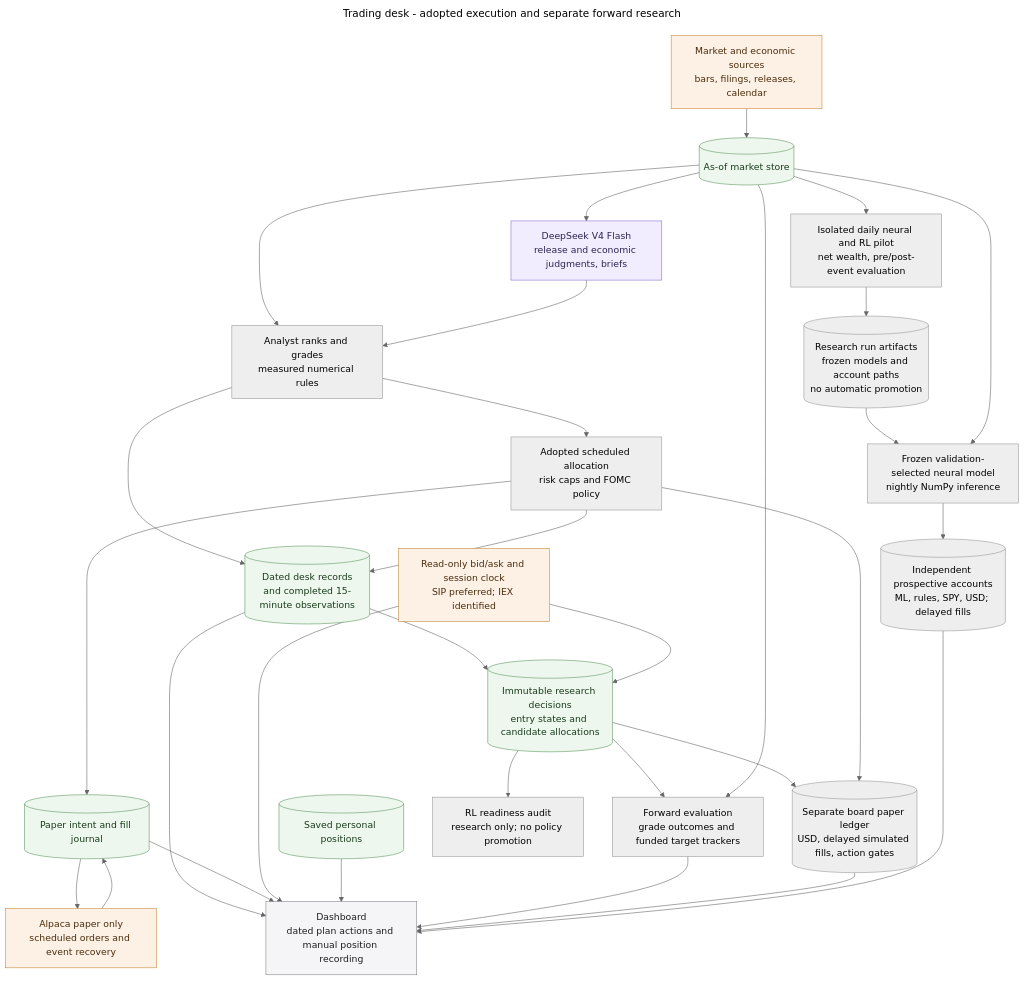
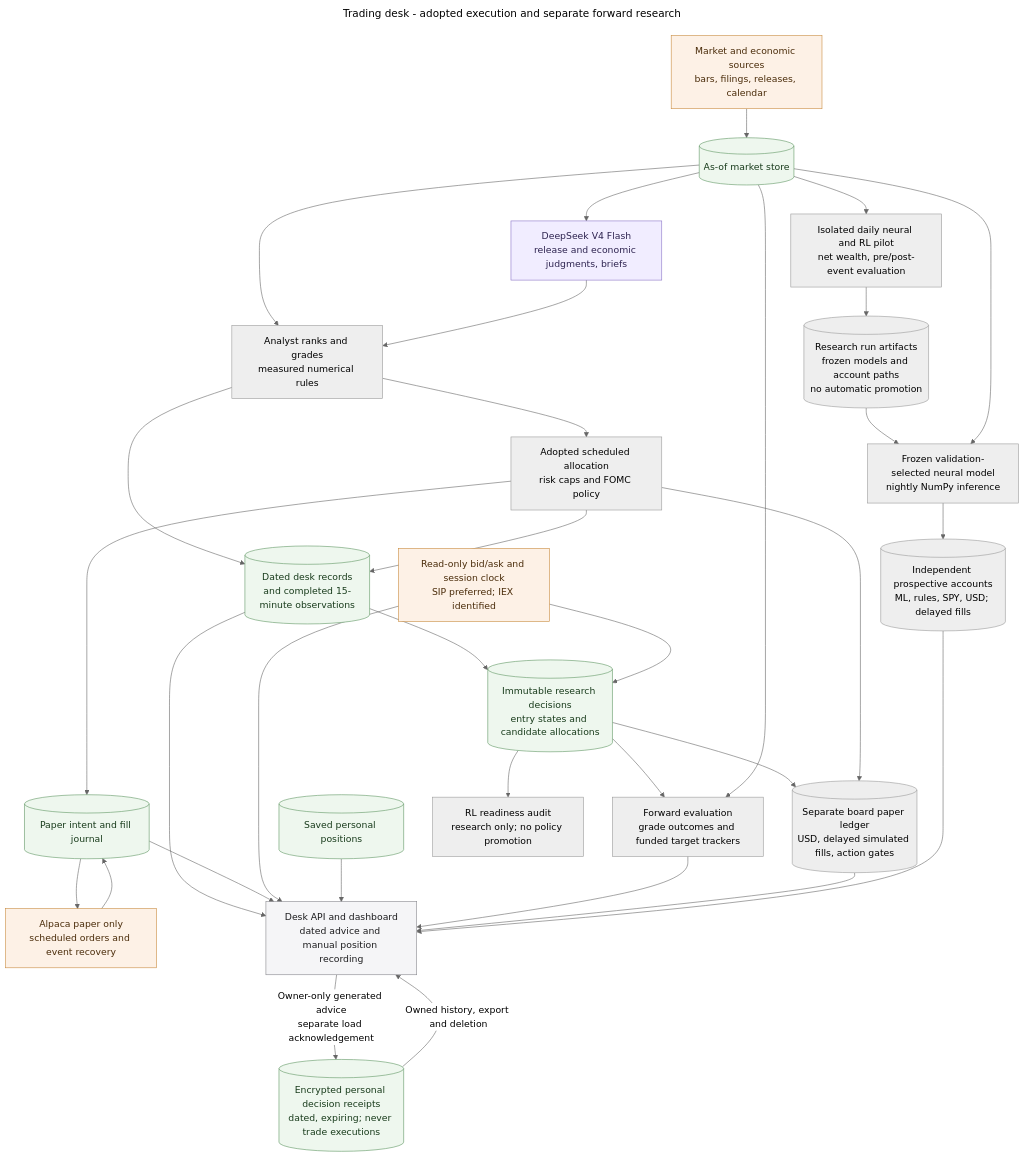
Before and after one commit to MallyaAni/PersonalAssistant: the diagram in docs/diagrams/agent-trading-desk.mmd, drawn with Mermaid (neutral theme). The commit also changed 29 other files, not shown here.

Commit message:
Add encrypted personal decision history and sourced cohort archive

```diff
--- a/docs/diagrams/agent-trading-desk.mmd
+++ b/docs/diagrams/agent-trading-desk.mmd
@@ -1,42 +1,44 @@
 ---
 title: Trading desk - adopted execution and separate forward research
 ---
 flowchart TB
     Providers[Market and economic sources<br/>bars, filings, releases, calendar] --> Store[(As-of market store)]
     Store --> Models[DeepSeek V4 Flash<br/>release and economic judgments, briefs]
     Store --> Grades[Analyst ranks and grades<br/>measured numerical rules]
     Models --> Grades
     Grades --> Plan[Adopted scheduled allocation<br/>risk caps and FOMC policy]
     Plan --> Journal[(Paper intent and fill journal)]
     Journal --> Broker[Alpaca paper only<br/>scheduled orders and event recovery]
     Broker --> Journal
     Grades --> Records[(Dated desk records<br/>and completed 15-minute observations)]
     Plan --> Records
-    Records --> View[Dashboard<br/>dated plan actions and manual position recording]
+    Records --> View[Desk API and dashboard<br/>dated advice and manual position recording]
     Journal --> View
     Quotes[Read-only bid/ask and session clock<br/>SIP preferred; IEX identified] --> View
     Holdings[(Saved personal positions)] --> View
+    View -->|Owner-only generated advice<br/>separate load acknowledgement| PersonalHistory[(Encrypted personal decision receipts<br/>dated, expiring; never trade executions)]
+    PersonalHistory -->|Owned history, export and deletion| View
     Records --> Research[(Immutable research decisions<br/>entry states and candidate allocations)]
     Quotes --> Research
     Research --> Evidence[Forward evaluation<br/>grade outcomes and funded target trackers]
     Store --> Evidence
     Evidence --> View
     Research --> Shadow[(Separate board paper ledger<br/>USD, delayed simulated fills, action gates)]
     Plan --> Shadow
     Shadow --> View
     Research --> Audit[RL readiness audit<br/>research only; no policy promotion]
     Store --> Pilot[Isolated daily neural and RL pilot<br/>net wealth, pre/post-event evaluation]
     Pilot --> Artifacts[(Research run artifacts<br/>frozen models and account paths<br/>no automatic promotion)]
     Artifacts --> Frozen[Frozen validation-selected neural model<br/>nightly NumPy inference]
     Store --> Frozen
     Frozen --> MLForward[(Independent prospective accounts<br/>ML, rules, SPY, USD; delayed fills)]
     MLForward --> View
 
     classDef data fill:#eef7ee,stroke:#5f9562,color:#183b1b;
     classDef external fill:#fdf1e6,stroke:#c98a3d,color:#4a2c0a;
     classDef model fill:#f1edff,stroke:#8872c6,color:#2e2450;
     classDef interface fill:#f5f5f7,stroke:#86868b,color:#1d1d1f;
-    class Store,Journal,Records,Holdings,Research data;
+    class Store,Journal,Records,Holdings,Research,PersonalHistory data;
     class Providers,Broker,Quotes external;
     class Models model;
     class View interface;
```
